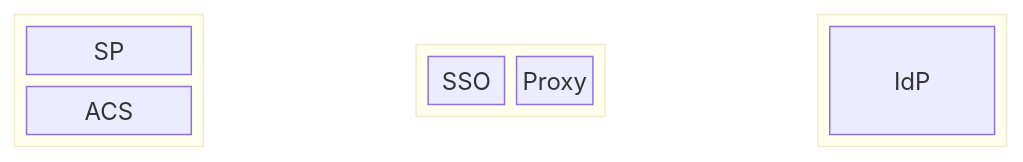
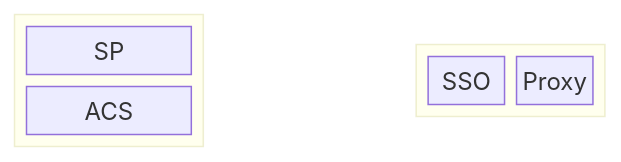
The second of 3 diagrams in README.md (mikehadlow/samlproxy), drawn with Mermaid before and after one commit.

Commit message:
block spacing

````diff
--- a/README.md
+++ b/README.md
@@ -26,22 +26,22 @@
 ```mermaid
 block-beta
 columns 6
-    block
+    block:1
     columns 1
       SP
       ACS
     end
     space:1
-    block
+    block:2
     columns 2
       SSO
       Proxy
       ACS
     end
     space:1
-    block
+    block:1
     columns 1
       SSO
       IdP
     end
 ```
````
